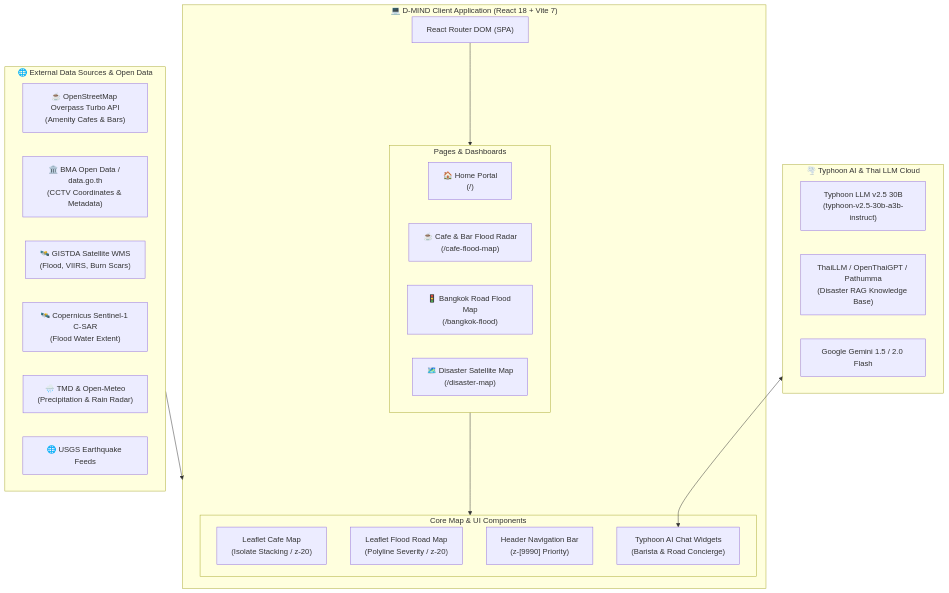
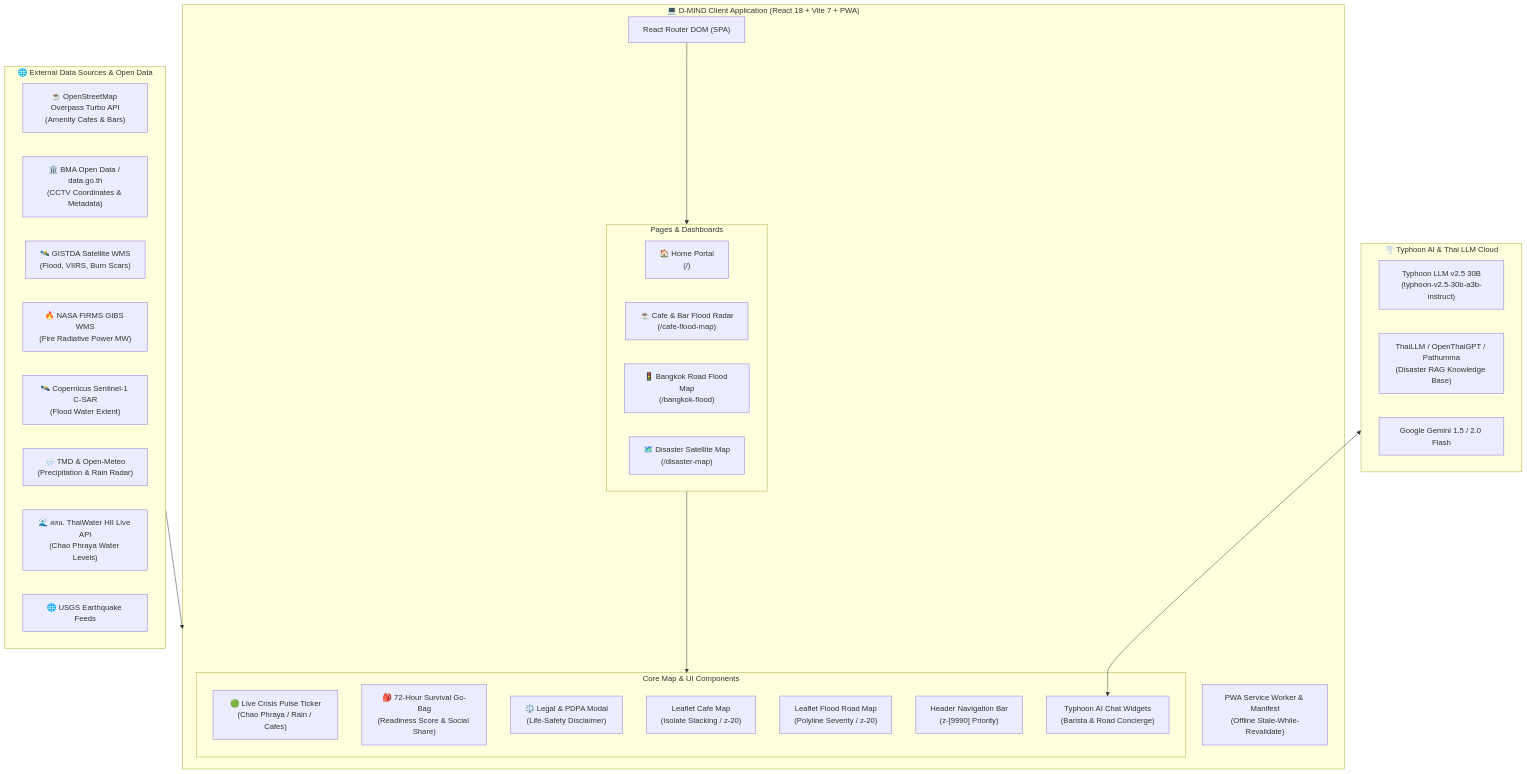
The second of 2 diagrams in README.md (kchayta32/d-mind-web), drawn with Mermaid before and after one commit. The commit also changed other lines of this file, not shown here.

Commit message:
docs: update README.md with live crisis ticker, 72h survival kit, PWA, and legal terms

````diff
--- a/README.md
+++ b/README.md
@@ -178,40 +198,46 @@
 ```mermaid
 flowchart TB
     subgraph DataSources["🌐 External Data Sources & Open Data"]
         OSMOverpass["☕ OpenStreetMap Overpass Turbo API\n(Amenity Cafes & Bars)"]
         BMAData["🏛️ BMA Open Data / data.go.th\n(CCTV Coordinates & Metadata)"]
         GISTDA["🛰️ GISTDA Satellite WMS\n(Flood, VIIRS, Burn Scars)"]
+        NASAFirms["🔥 NASA FIRMS GIBS WMS\n(Fire Radiative Power MW)"]
         Sentinel["🛰️ Copernicus Sentinel-1 C-SAR\n(Flood Water Extent)"]
         TMD["🌧️ TMD & Open-Meteo\n(Precipitation & Rain Radar)"]
+        ThaiWater["🌊 สสน. ThaiWater HII Live API\n(Chao Phraya Water Levels)"]
         USGS["🌐 USGS Earthquake Feeds"]
     end
 
     subgraph AICloud["🌪️ Typhoon AI & Thai LLM Cloud"]
         Typhoon["Typhoon LLM v2.5 30B\n(typhoon-v2.5-30b-a3b-instruct)"]
         ThaiLLM["ThaiLLM / OpenThaiGPT / Pathumma\n(Disaster RAG Knowledge Base)"]
         GeminiFlash["Google Gemini 1.5 / 2.0 Flash"]
     end
 
-    subgraph FrontendApp["💻 D-MIND Client Application (React 18 + Vite 7)"]
+    subgraph FrontendApp["💻 D-MIND Client Application (React 18 + Vite 7 + PWA)"]
         Router["React Router DOM (SPA)"]
+        PWAEngine["PWA Service Worker & Manifest\n(Offline Stale-While-Revalidate)"]
         
         subgraph Pages["Pages & Dashboards"]
             MainPortal["🏠 Home Portal\n(/)"]
             CafeRadar["☕ Cafe & Bar Flood Radar\n(/cafe-flood-map)"]
             BkkFlood["🚦 Bangkok Road Flood Map\n(/bangkok-flood)"]
             DisasterMap["🗺️ Disaster Satellite Map\n(/disaster-map)"]
         end
 
         subgraph CoreComponents["Core Map & UI Components"]
+            LiveTicker["🟢 Live Crisis Pulse Ticker\n(Chao Phraya / Rain / Cafes)"]
+            GoBagKit["🎒 72-Hour Survival Go-Bag\n(Readiness Score & Social Share)"]
+            LegalModal["⚖️ Legal & PDPA Modal\n(Life-Safety Disclaimer)"]
             CafeMapComponent["Leaflet Cafe Map\n(Isolate Stacking / z-20)"]
             BkkMapComponent["Leaflet Flood Road Map\n(Polyline Severity / z-20)"]
             NavbarComp["Header Navigation Bar\n(z-[9990] Priority)"]
             TyphoonChat["Typhoon AI Chat Widgets\n(Barista & Road Concierge)"]
         end
     end
 
     DataSources --> FrontendApp
     AICloud <--> TyphoonChat
     Router --> Pages
     Pages --> CoreComponents
 ```
````
